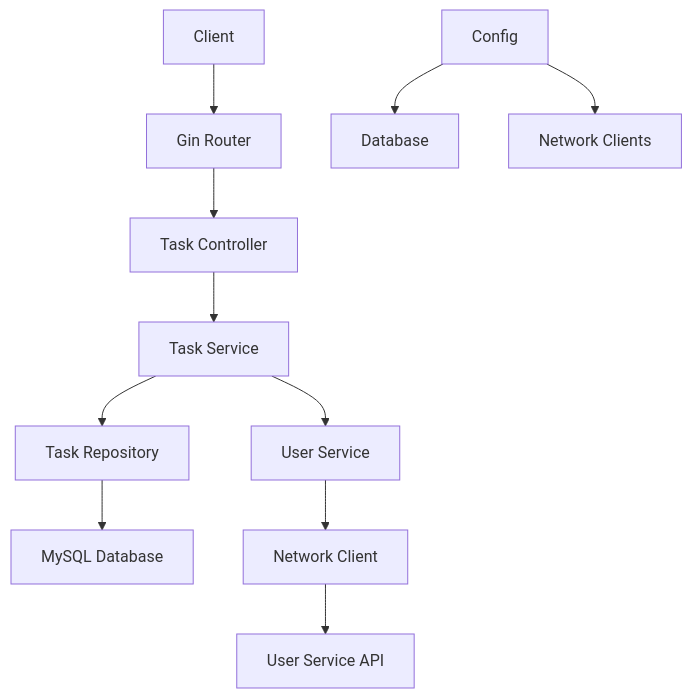
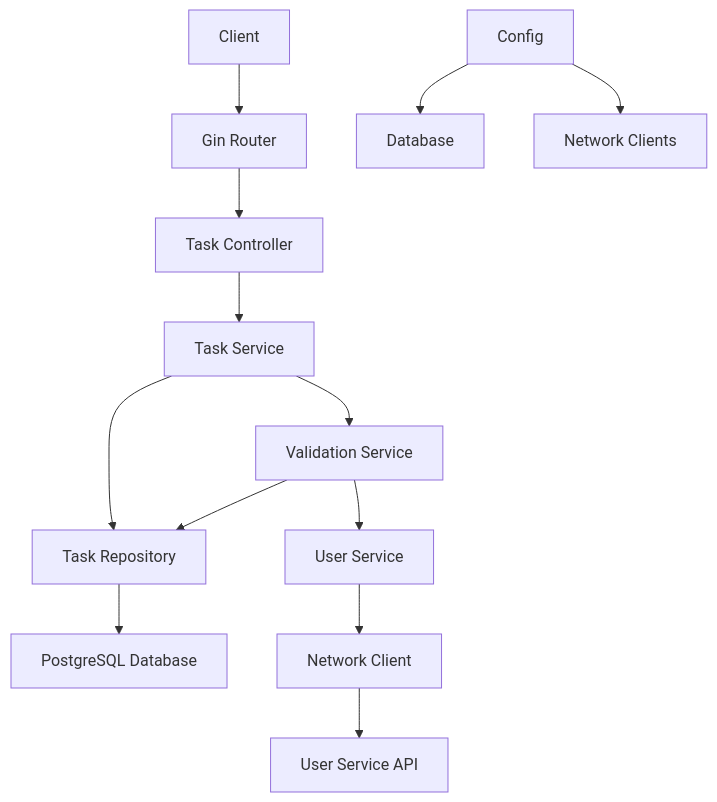
One commit to shailendraKumar1/task-manager-app changed the diagram in README.md. Above: the diagram before and after it, drawn with Mermaid. The commit also changed other lines of this file, not shown here.

````diff
--- a/README.md
+++ b/README.md
@@ -66,15 +67,17 @@
 ```mermaid
 graph TB
     A[Client] --> B[Gin Router]
     B --> C[Task Controller]
     C --> D[Task Service]
     D --> E[Task Repository]
-    E --> F[MySQL Database]
+    E --> F[PostgreSQL Database]
     
-    D --> G[User Service]
+    D --> V[Validation Service]
+    V --> G[User Service]
+    V --> E
     G --> H[Network Client]
     H --> I[User Service API]
     
     J[Config] --> K[Database]
     J --> L[Network Clients]
 ```
````
